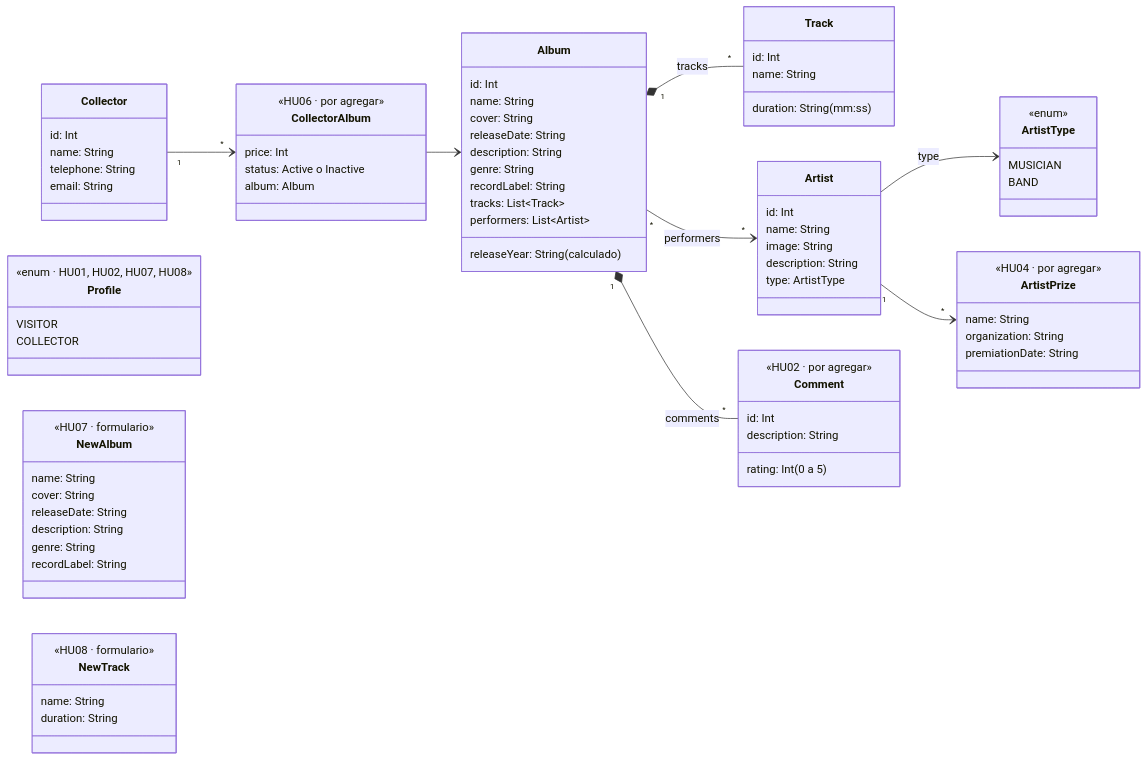
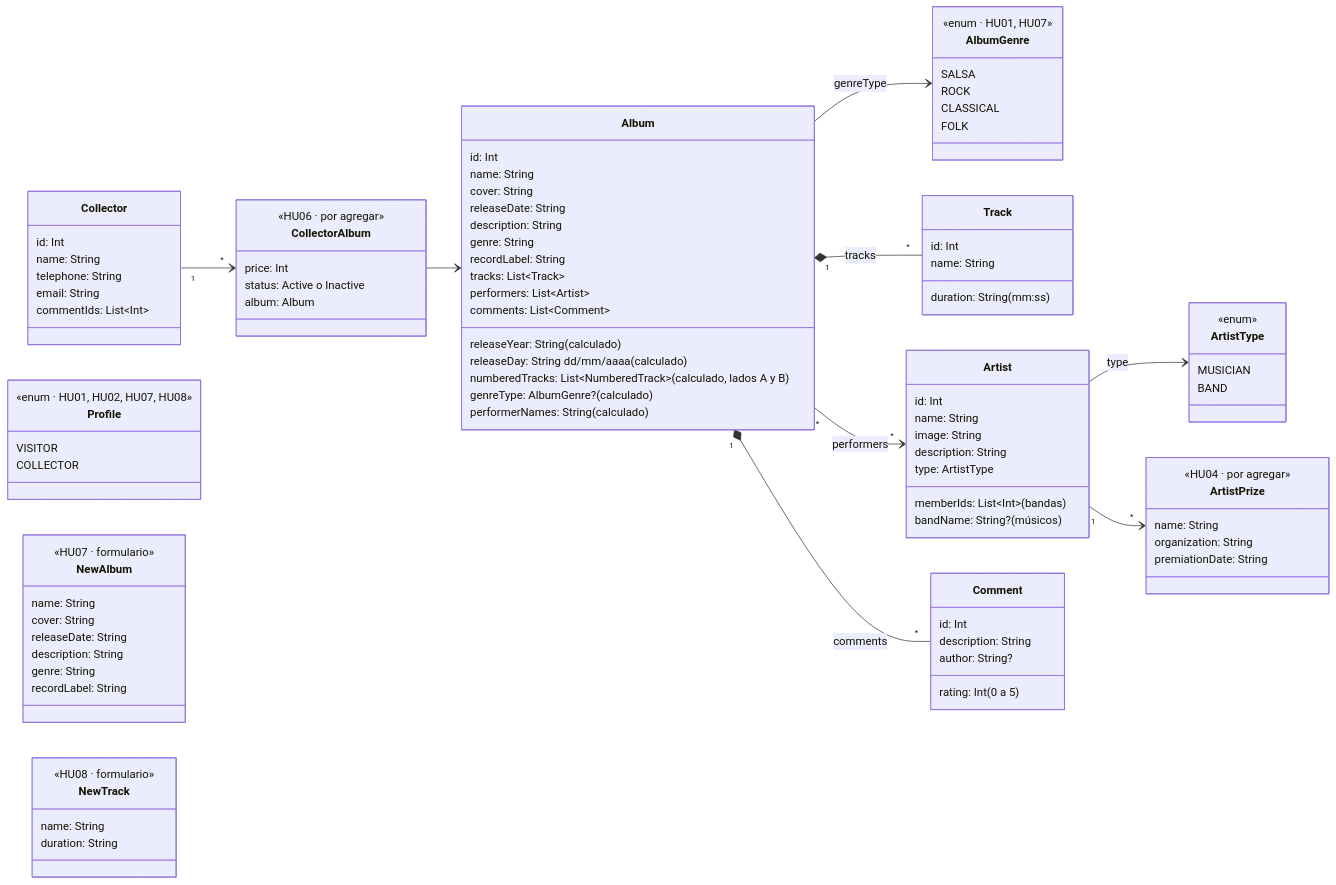
One commit to jhon0520/Andes-Vynils-App changed the third of 4 diagrams in docs/App-technical-documentation.md. Above: the diagram before and after it, drawn with Mermaid. The commit also changed other lines of this file and 99 other files, not shown here.

```diff
--- a/docs/App-technical-documentation.md
+++ b/docs/App-technical-documentation.md
@@ -110,7 +110,19 @@
         recordLabel: String
         tracks: List~Track~
         performers: List~Artist~
+        comments: List~Comment~
         releaseYear: String (calculado)
+        releaseDay: String dd/mm/aaaa (calculado)
+        numberedTracks: List~NumberedTrack~ (calculado, lados A y B)
+        genreType: AlbumGenre? (calculado)
+        performerNames: String (calculado)
+    }
+    class AlbumGenre {
+        <<enum · HU01, HU07>>
+        SALSA
+        ROCK
+        CLASSICAL
+        FOLK
     }
     class Track {
         id: Int
@@ -123,6 +135,8 @@
         image: String
         description: String
         type: ArtistType
+        memberIds: List~Int~ (bandas)
+        bandName: String? (músicos)
     }
     class ArtistType {
         <<enum>>
@@ -134,12 +148,13 @@
         name: String
         telephone: String
         email: String
+        commentIds: List~Int~
     }
     class Comment {
-        <<HU02 · por agregar>>
         id: Int
         description: String
         rating: Int (0 a 5)
+        author: String?
     }
     class ArtistPrize {
         <<HU04 · por agregar>>
@@ -173,6 +188,7 @@
         duration: String
     }
 
+    Album --> AlbumGenre : genreType
     Album "1" *-- "*" Track : tracks
     Album "*" --> "*" Artist : performers
     Album "1" *-- "*" Comment : comments
```
